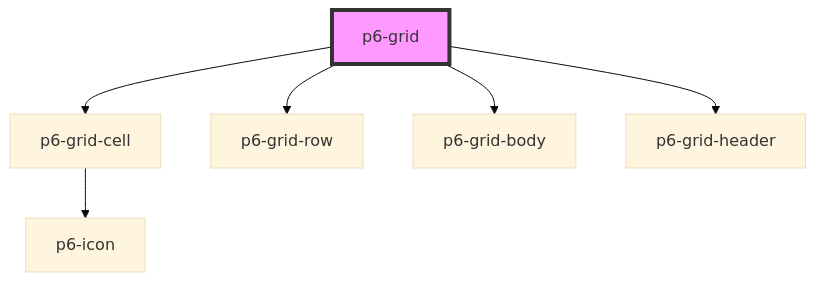
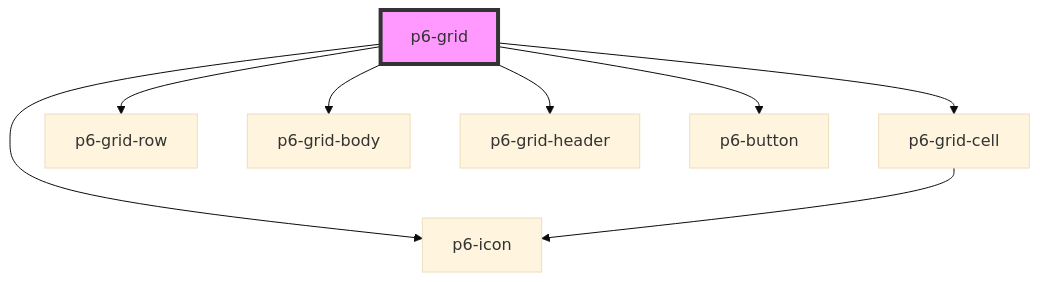
One commit to amalto/platform6-ui-components changed the diagram in src/components/molecules/p6-grid/readme.md. Above: the diagram before and after it, drawn with Mermaid (base theme). The commit also changed other lines of this file and 2 other files, not shown here.

Commit message:
p6-grid WIP hide column

````diff
--- a/src/components/molecules/p6-grid/readme.md
+++ b/src/components/molecules/p6-grid/readme.md
@@ -25,9 +27,11 @@
 ```mermaid
 graph TD;
   p6-grid --> p6-grid-cell
   p6-grid --> p6-grid-row
   p6-grid --> p6-grid-body
   p6-grid --> p6-grid-header
+  p6-grid --> p6-button
+  p6-grid --> p6-icon
   p6-grid-cell --> p6-icon
   style p6-grid fill:#f9f,stroke:#333,stroke-width:4px
 ```
````
